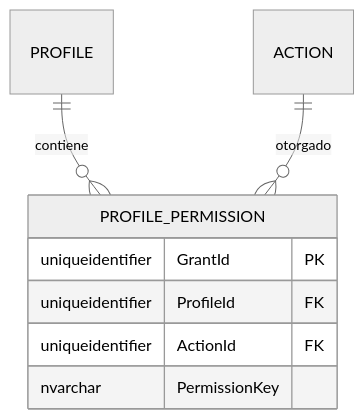
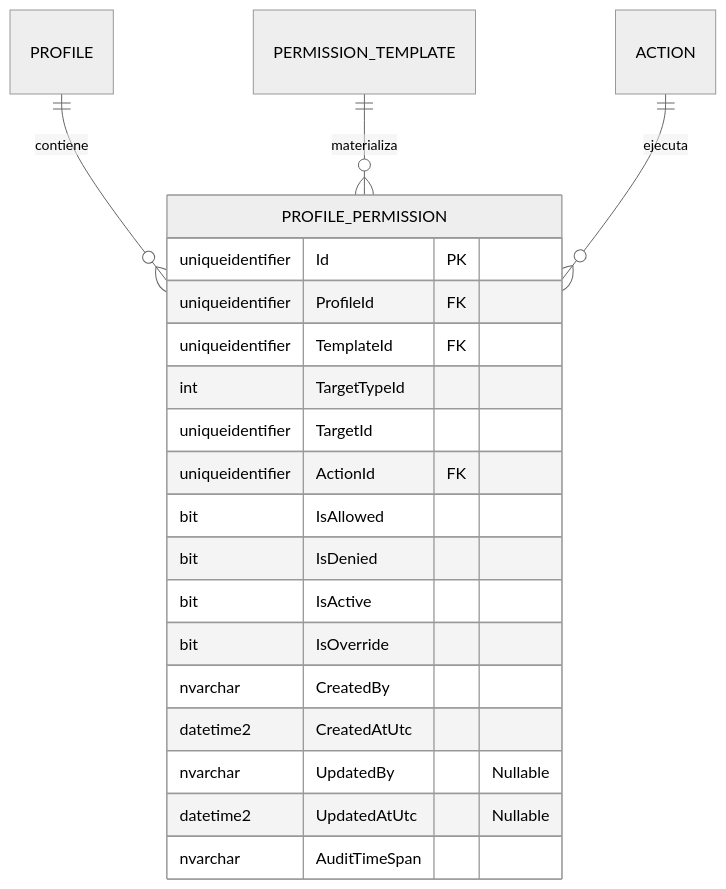
The fourth of 4 diagrams in docs/domain-es/authorization/profile-permission.md (beyondnetcode/ums), drawn with Mermaid (neutral theme) before and after one commit. The commit also changed other lines of this file and 19 other files, not shown here.

````diff
--- a/docs/domain-es/authorization/profile-permission.md
+++ b/docs/domain-es/authorization/profile-permission.md
@@ -99,12 +134,24 @@
 ```mermaid
 erDiagram
     PROFILE ||--o{ PROFILE_PERMISSION : "contiene"
-    ACTION ||--o{ PROFILE_PERMISSION : "otorgado"
+    PERMISSION_TEMPLATE ||--o{ PROFILE_PERMISSION : "materializa"
+    ACTION ||--o{ PROFILE_PERMISSION : "ejecuta"
 
     PROFILE_PERMISSION {
-        uniqueidentifier GrantId PK
+        uniqueidentifier Id PK
         uniqueidentifier ProfileId FK
+        uniqueidentifier TemplateId FK
+        int TargetTypeId
+        uniqueidentifier TargetId
         uniqueidentifier ActionId FK
-        nvarchar PermissionKey
+        bit IsAllowed
+        bit IsDenied
+        bit IsActive
+        bit IsOverride
+        nvarchar CreatedBy
+        datetime2 CreatedAtUtc
+        nvarchar UpdatedBy "Nullable"
+        datetime2 UpdatedAtUtc "Nullable"
+        nvarchar AuditTimeSpan
     }
 ```
````
